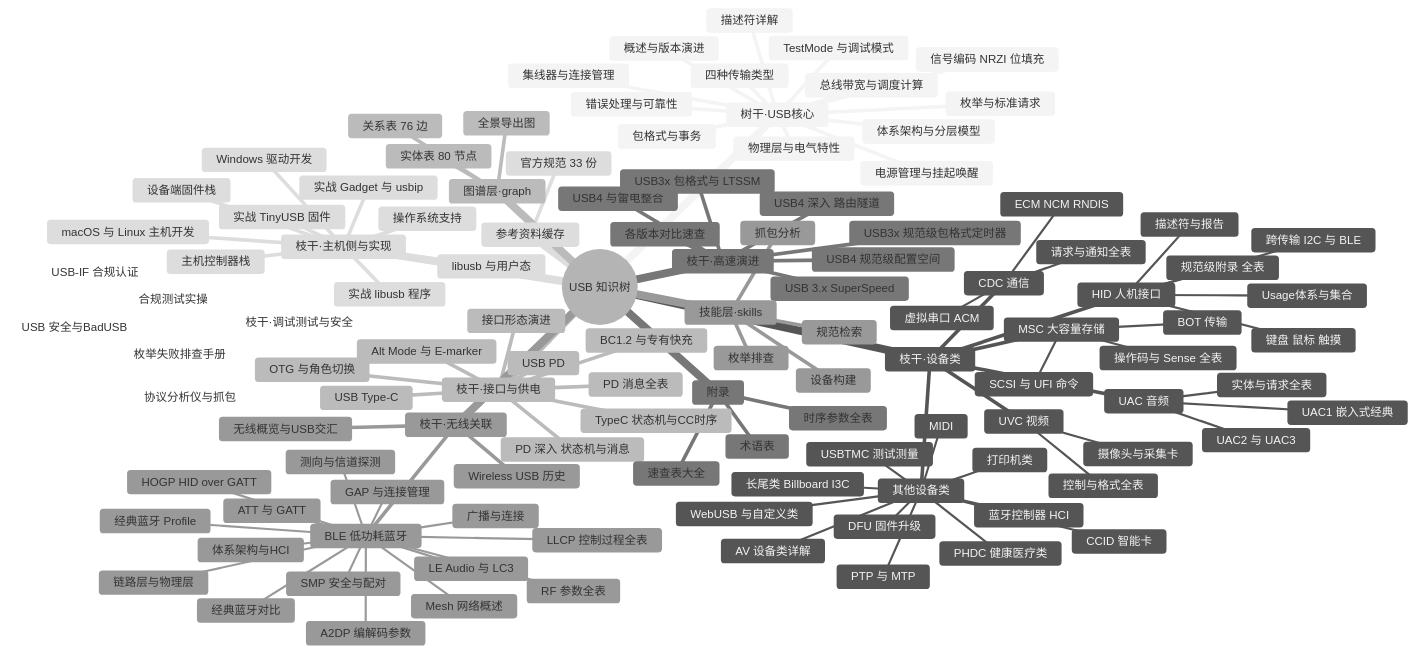
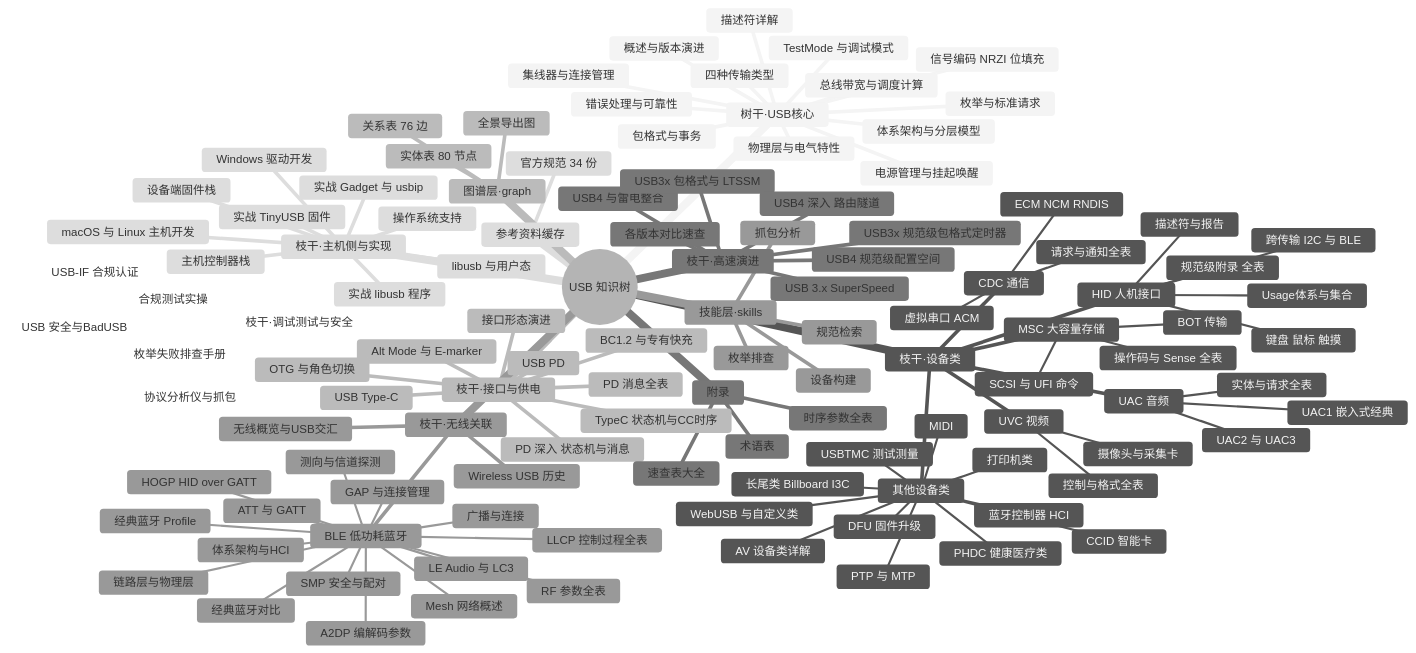
Before and after one commit to tangjianfang/USBTree: the first of 2 diagrams in 00-知识树总图.md, drawn with Mermaid (neutral theme). The commit also changed 4 other files, not shown here.

```diff
--- a/00-知识树总图.md
+++ b/00-知识树总图.md
@@ -123,7 +123,7 @@
       USB 安全与BadUSB
       合规测试实操
     参考资料缓存
-      官方规范 33 份
+      官方规范 34 份
     图谱层·graph
       实体表 80 节点
       关系表 76 边
```
